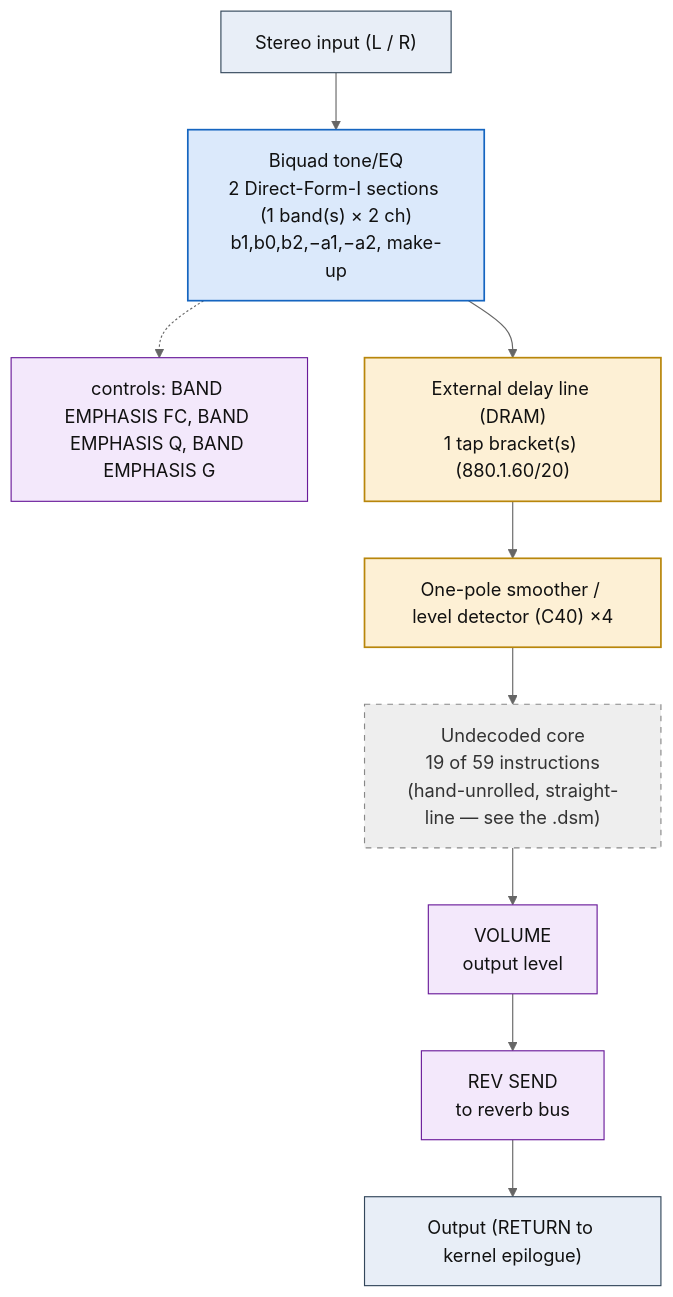
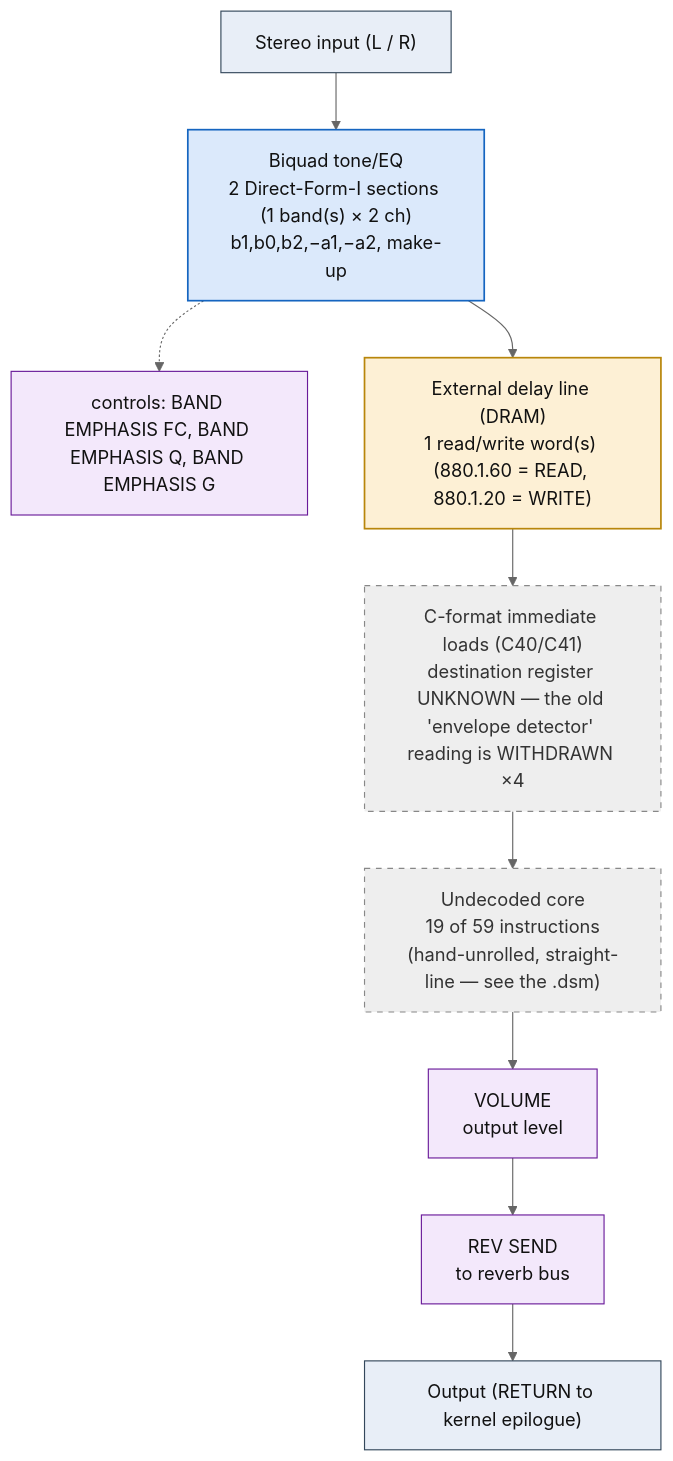
The diagram in dsp/flowcharts/prog75_peq_compressor.md (ArqueologiaDigital/kn5000-roms-disasm), drawn with Mermaid (neutral theme) before and after one commit. The commit also changed other lines of this file and 86 other files, not shown here.

````diff
--- a/dsp/flowcharts/prog75_peq_compressor.md
+++ b/dsp/flowcharts/prog75_peq_compressor.md
@@ -12,32 +12,32 @@
 ```mermaid
 flowchart TD
     N0["Stereo input (L / R)"]
     N1["Biquad tone/EQ<br/>2 Direct-Form-I sections (1 band(s) &times; 2 ch)<br/>b1,b0,b2,&minus;a1,&minus;a2, make-up"]
     N0 --> N1
     N2["controls: BAND EMPHASIS FC, BAND EMPHASIS Q, BAND EMPHASIS G"]
     N1 -.-> N2
-    N3["External delay line (DRAM)<br/>1 tap bracket(s) (880.1.60/20)"]
+    N3["External delay line (DRAM)<br/>1 read/write word(s) (880.1.60 = READ, 880.1.20 = WRITE)"]
     N1 --> N3
-    N4["One-pole smoother / level detector (C40) &times;4"]
+    N4["C-format immediate loads (C40/C41)<br/>destination register UNKNOWN &mdash; the old 'envelope detector' reading is WITHDRAWN &times;4"]
     N3 --> N4
     N5["Undecoded core<br/>19 of 59 instructions<br/>(hand-unrolled, straight-line &mdash; see the .dsm)"]
     N4 --> N5
     N6["VOLUME<br/>output level"]
     N5 --> N6
     N7["REV SEND<br/>to reverb bus"]
     N6 --> N7
     N8["Output (RETURN to kernel epilogue)"]
     N7 --> N8
 
     classDef io fill:#e8eef7,stroke:#33475b,stroke-width:1px,color:#111;
     classDef proven fill:#d7f0d7,stroke:#2e7d32,stroke-width:2px,color:#111;
     classDef measured fill:#dbe9fb,stroke:#1565c0,stroke-width:1.5px,color:#111;
     classDef inferred fill:#fdf0d5,stroke:#b8860b,stroke-width:1.5px,color:#111;
     classDef open fill:#eeeeee,stroke:#888,stroke-width:1px,color:#333,stroke-dasharray:5 5;
     classDef ctrl fill:#f3e8fb,stroke:#6a1b9a,stroke-width:1px,color:#111;
     class N0,N8 io;
     class N1 measured;
     class N2,N6,N7 ctrl;
-    class N3,N4 inferred;
-    class N5 open;
+    class N3 inferred;
+    class N4,N5 open;
 ```
````
